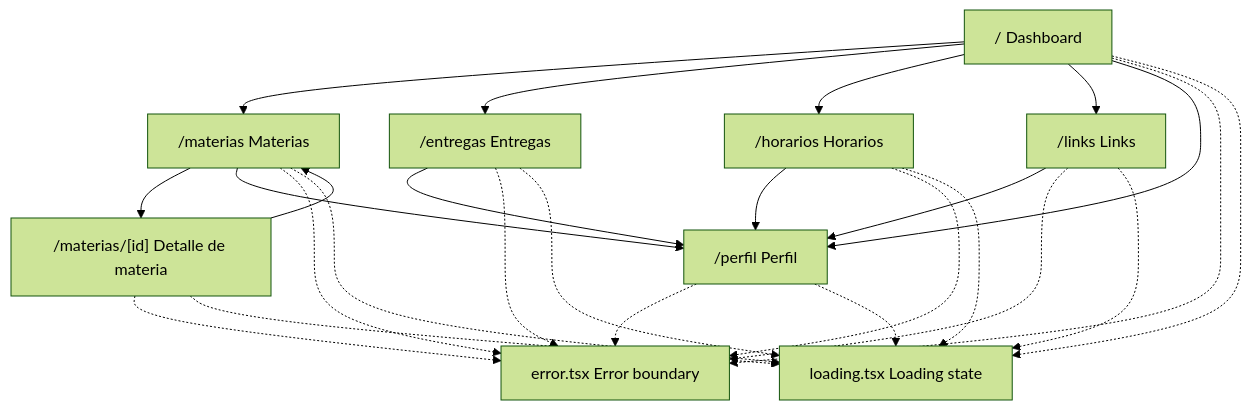
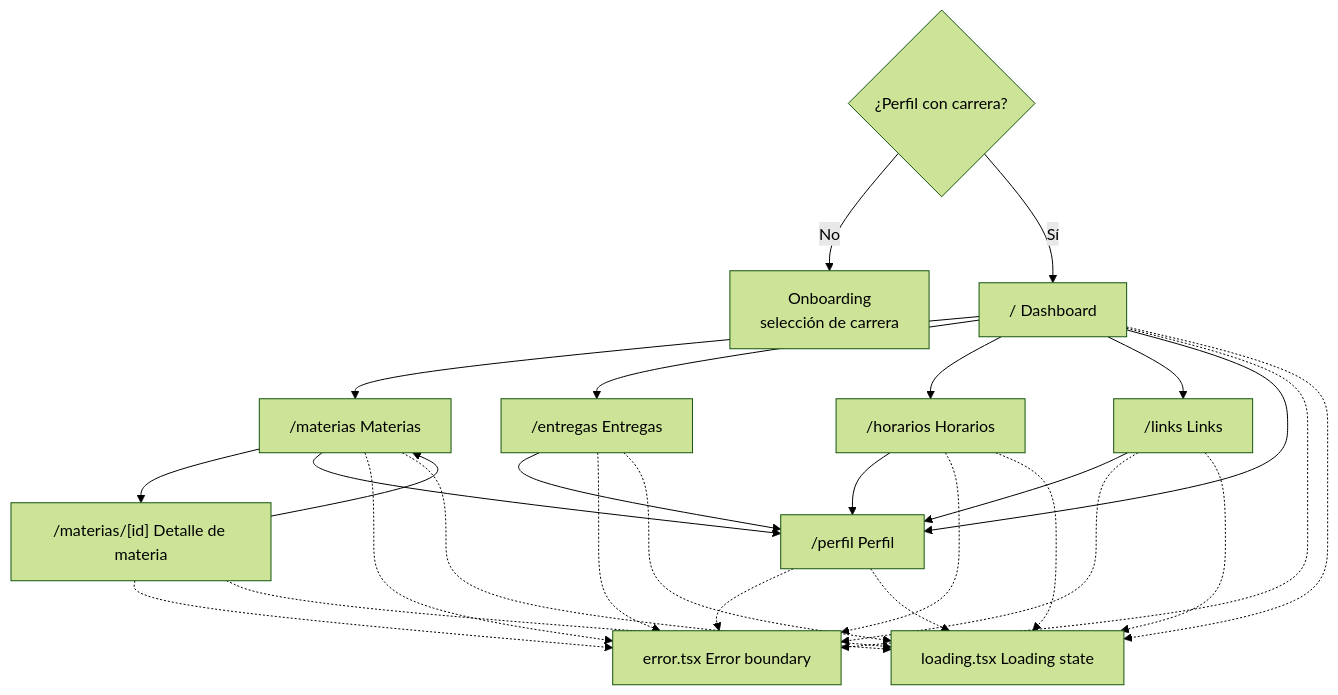
Before and after one commit to lautioliver/UcaNode: the first of 3 diagrams in wiki/Rutas-y-flujos.md, drawn with Mermaid (forest theme). The commit also changed other lines of this file and 6 other files, not shown here.

First line of the commit message:
docs: actualizar README y wiki con onboarding y planes de estudio

````diff
--- a/wiki/Rutas-y-flujos.md
+++ b/wiki/Rutas-y-flujos.md
@@ -7,27 +16,31 @@
 ```mermaid
 flowchart TD
+    Gate{"¿Perfil con carrera?"}
+    Onb["Onboarding<br/>selección de carrera"]
     Root["/ Dashboard"]
     Mat["/materias Materias"]
     MatId["/materias/[id] Detalle de materia"]
     Ent["/entregas Entregas"]
     Hor["/horarios Horarios"]
     Lnk["/links Links"]
     Per["/perfil Perfil"]
     Err["error.tsx Error boundary"]
     Ld["loading.tsx Loading state"]
 
+    Gate -->|No| Onb
+    Gate -->|Sí| Root
     Root --> Mat
     Root --> Ent
     Root --> Hor
     Root --> Lnk
     Mat --> MatId
     MatId --> Mat
     Root --> Per
     Mat --> Per
     Ent --> Per
     Hor --> Per
     Lnk --> Per
 
     Root & Mat & MatId & Ent & Hor & Lnk & Per -.-> Err
     Root & Mat & MatId & Ent & Hor & Lnk & Per -.-> Ld
 ```
````
